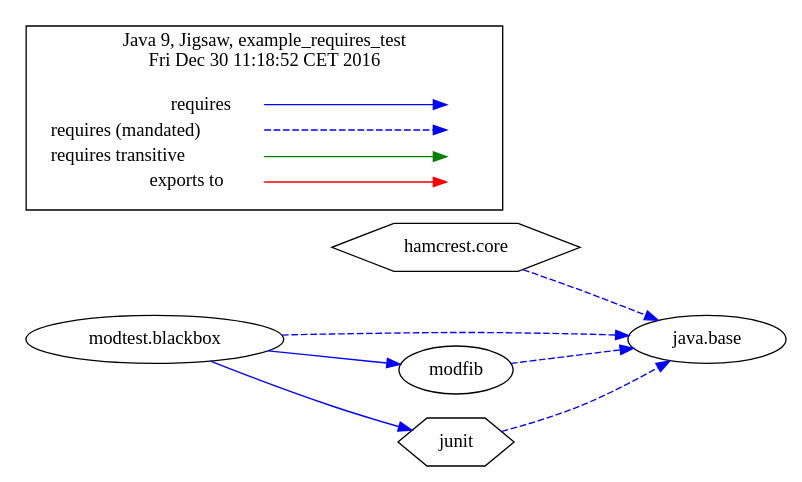
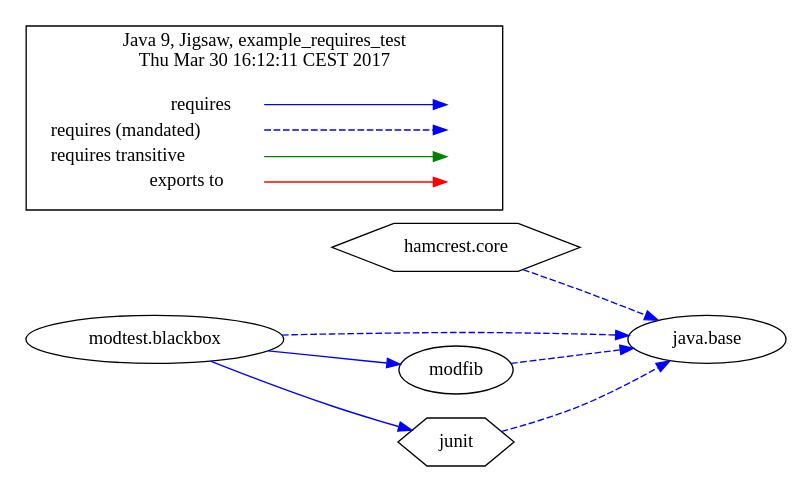
One commit to accso/java9-jigsaw-examples changed the diagram in jigsaw-examples/example_test/moduledependencies-withlegend.dot. Above: the diagram before and after it, drawn with Graphviz. The commit also changed 112 other files, not shown here.

```diff
--- a/jigsaw-examples/example_test/moduledependencies-withlegend.dot
+++ b/jigsaw-examples/example_test/moduledependencies-withlegend.dot
@@ -1,37 +1,37 @@
-# Created by depvis.JigsawDepVisualizer on Fri Dec 30 11:18:52 CET 2016
+# Created by depvis.JigsawDepVisualizer on Thu Mar 30 16:12:11 CEST 2017
 digraph Java9_Dependency_Visualizer {
 hamcrest_core[fontname="Consolas",shape="hexagon",label="hamcrest.core"];
 java_base[fontname="Consolas",shape="ellipse",label="java.base"];
-modtest_blackbox[fontname="Consolas",shape="ellipse",label="modtest.blackbox"];
 modfib[fontname="Consolas",shape="ellipse",label="modfib"];
 junit[fontname="Consolas",shape="hexagon",label="junit"];
+modtest_blackbox[fontname="Consolas",shape="ellipse",label="modtest.blackbox"];
 hamcrest_core -> java_base[color="#0000ff",fontname="Consolas",fontcolor="#0000ff",style="dashed",weight="16"]
+modfib -> java_base[color="#0000ff",fontname="Consolas",fontcolor="#0000ff",style="dashed",weight="16"]
+junit -> java_base[color="#0000ff",fontname="Consolas",fontcolor="#0000ff",style="dashed",weight="16"]
 modtest_blackbox -> modfib[color="#0000ff",fontname="Consolas",fontcolor="#0000ff",weight="8"]
 modtest_blackbox -> junit[color="#0000ff",fontname="Consolas",fontcolor="#0000ff",weight="8"]
 modtest_blackbox -> java_base[color="#0000ff",fontname="Consolas",fontcolor="#0000ff",style="dashed",weight="16"]
-modfib -> java_base[color="#0000ff",fontname="Consolas",fontcolor="#0000ff",style="dashed",weight="16"]
-junit -> java_base[color="#0000ff",fontname="Consolas",fontcolor="#0000ff",style="dashed",weight="16"]
 rankdir=LR
 node [shape=plaintext]
 subgraph cluster_01 { 
   label = "Java 9, Jigsaw, example_requires_test
-Fri Dec 30 11:18:52 CET 2016"
+Thu Mar 30 16:12:11 CEST 2017"
   fontname="Consolas"
   key [label=<<table border="0" cellpadding="2" cellspacing="0" cellborder="0">
     <tr><td align="right" port="i1">requires</td></tr>
     <tr><td align="right" port="i2">requires (mandated)</td></tr>
     <tr><td align="right" port="i3">requires transitive</td></tr>
     <tr><td align="right" port="i4">exports to</td></tr>
     </table>>,fontname="Consolas"]
   key2 [label=<<table border="0" cellpadding="2" cellspacing="0" cellborder="0">
     <tr><td port="i1">&nbsp;</td></tr>
     <tr><td port="i2">&nbsp;</td></tr>
     <tr><td port="i3">&nbsp;</td></tr>
     <tr><td port="i4">&nbsp;</td></tr>
     </table>>,fontname="Consolas"]
   key:i1:e -> key2:i1:w [color=BLUE]
   key:i2:e -> key2:i2:w [color=BLUE, style=dashed]
   key:i3:e -> key2:i3:w [color=GREEN]
   key:i4:e -> key2:i4:w [color=RED]
 }
 }
```
